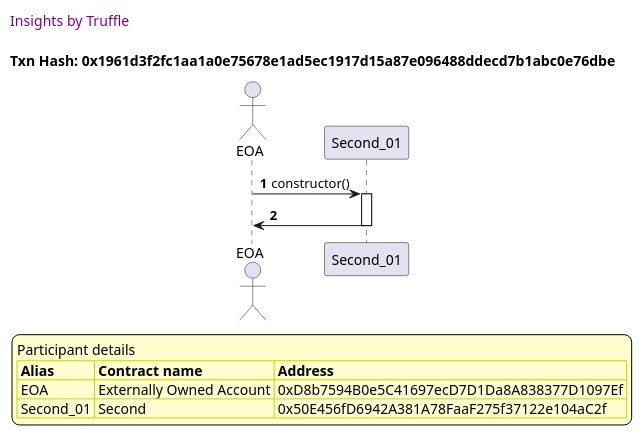
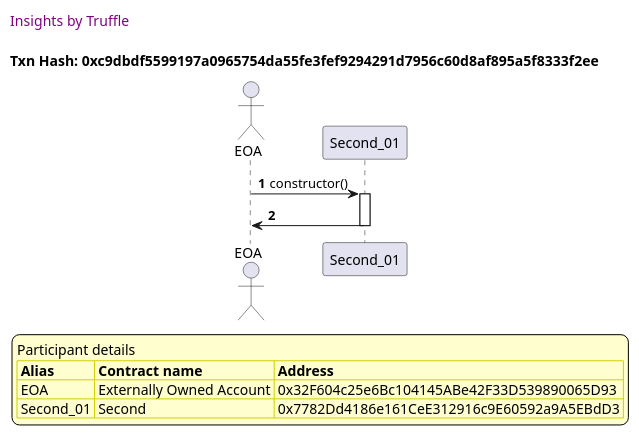
Before and after one commit to trufflesuite/txlog-seedlings: the third of 6 diagrams in truffle-seq/constructor.test.md, drawn with PlantUML. The commit also changed other lines of this file and 8 other files, not shown here.

````diff
--- a/truffle-seq/constructor.test.md
+++ b/truffle-seq/constructor.test.md
@@ -109,37 +109,37 @@
 ```plantuml
 
 
 @startuml
 
 autonumber
 skinparam legendBackgroundColor #FEFECE
 
 <style>
       header {
         HorizontalAlignment left
         FontColor purple
         FontSize 14
         Padding 10
       }
     </style>
 
 header Insights by Truffle
 
-title Txn Hash: 0x1961d3f2fc1aa1a0e75678e1ad5ec1917d15a87e096488ddecd7b1abc0e76dbe
+title Txn Hash: 0xc9dbdf5599197a0965754da55fe3fef9294291d7956c60d8af895a5f8333f2ee
 
 
 actor EOA as "EOA"
 participant Second_01 as "Second_01"
 
 "EOA" -> "Second_01" ++: constructor()
 "Second_01" -> "EOA" --: 
 
 legend
 Participant details
 <#FEFECE,#D0D000>|= Alias |= Contract name |= Address |
-<#FEFECE>| EOA | Externally Owned Account | 0xD8b7594B0e5C41697ecD7D1Da8A838377D1097Ef |
-<#FEFECE>| Second_01 | Second | 0x50E456fD6942A381A78FaaF275f37122e104aC2f |
+<#FEFECE>| EOA | Externally Owned Account | 0x32F604c25e6Bc104145ABe42F33D539890065D93 |
+<#FEFECE>| Second_01 | Second | 0x7782Dd4186e161CeE312916c9E60592a9A5EBdD3 |
 endlegend
 
 @enduml
 ```
````
